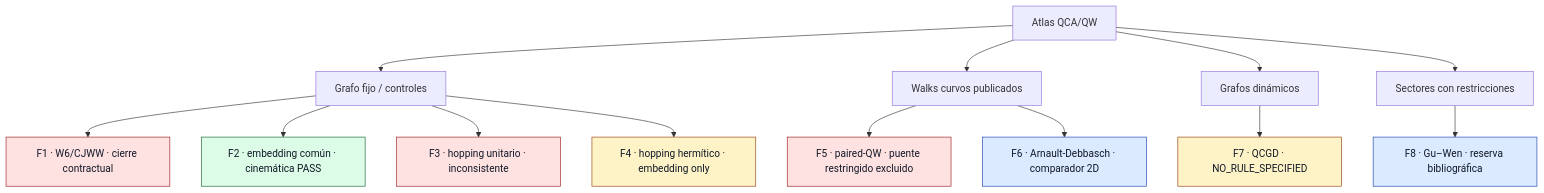
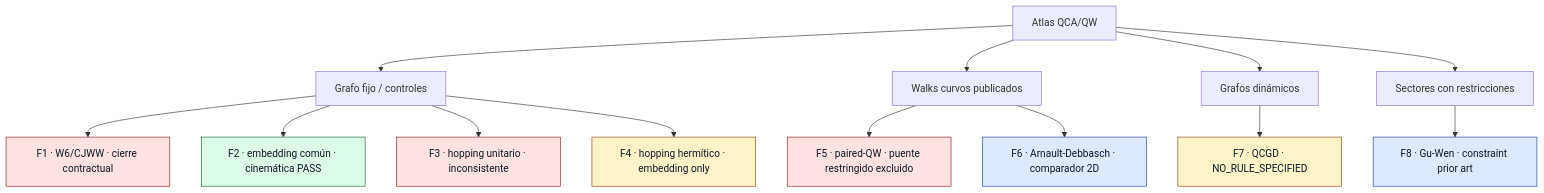
One commit to nacho09021973/qca-causal-cones changed the diagram in docs/family_atlas/FAMILY_BIBLE.md. Above: the diagram before and after it, drawn with Mermaid. The commit also changed other lines of this file and 4 other files, not shown here.

Commit message:
Record F8 Gu-Wen constraint family

````diff
--- a/docs/family_atlas/FAMILY_BIBLE.md
+++ b/docs/family_atlas/FAMILY_BIBLE.md
@@ -34,24 +35,24 @@
 ```mermaid
 flowchart TB
   A["Atlas QCA/QW"] --> G["Grafo fijo / controles"]
   A --> P["Walks curvos publicados"]
   A --> D["Grafos dinámicos"]
   A --> C["Sectores con restricciones"]
   G --> F1["F1 · W6/CJWW · cierre contractual"]
   G --> F2["F2 · embedding común · cinemática PASS"]
   G --> F3["F3 · hopping unitario · inconsistente"]
   G --> F4["F4 · hopping hermítico · embedding only"]
   P --> F5["F5 · paired-QW · puente restringido excluido"]
   P --> F6["F6 · Arnault-Debbasch · comparador 2D"]
   D --> F7["F7 · QCGD · NO_RULE_SPECIFIED"]
-  C --> F8["F8 · Gu–Wen · reserva bibliográfica"]
+  C --> F8["F8 · Gu-Wen · constraint prior art"]
   classDef closed fill:#fee2e2,stroke:#991b1b,color:#111827;
   classDef pending fill:#e5e7eb,stroke:#4b5563,color:#111827;
   classDef bibliography fill:#dbeafe,stroke:#1e40af,color:#111827;
   classDef open fill:#fef3c7,stroke:#92400e,color:#111827;
   classDef pass fill:#dcfce7,stroke:#166534,color:#111827;
   class F1,F3,F5 closed;
   class F2 pass;
   class F4,F7 open;
   class F6,F8 bibliography;
 ```
````
